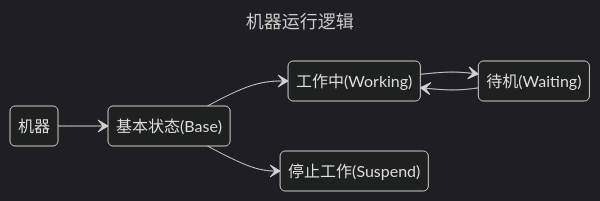
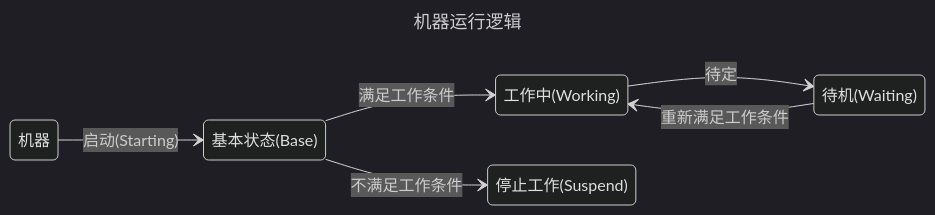
One commit to CrychicTeam/CrychicDoc changed the diagram in docs/zh/mods/custom/MBD2/SingleBlockBasic.md. Above: the diagram before and after it, drawn with Mermaid (dark theme). The commit also changed other lines of this file and 1 other file, not shown here.

````diff
--- a/docs/zh/mods/custom/MBD2/SingleBlockBasic.md
+++ b/docs/zh/mods/custom/MBD2/SingleBlockBasic.md
@@ -14,13 +18,12 @@
 ```mermaid
 ---
 title: 机器运行逻辑
 ---
 stateDiagram-v2
     direction LR
-    机器 --> 基本状态(Base)
-
-    基本状态(Base) --> 工作中(Working)
-    工作中(Working) --> 待机(Waiting)
-    待机(Waiting) --> 工作中(Working)
-    基本状态(Base) --> 停止工作(Suspend)
+    机器 --> 基本状态(Base): 启动(Starting)
+    基本状态(Base) --> 工作中(Working): 满足工作条件
+    工作中(Working) --> 待机(Waiting): 待定
+    待机(Waiting) --> 工作中(Working): 重新满足工作条件
+    基本状态(Base) --> 停止工作(Suspend): 不满足工作条件
 ```
````
